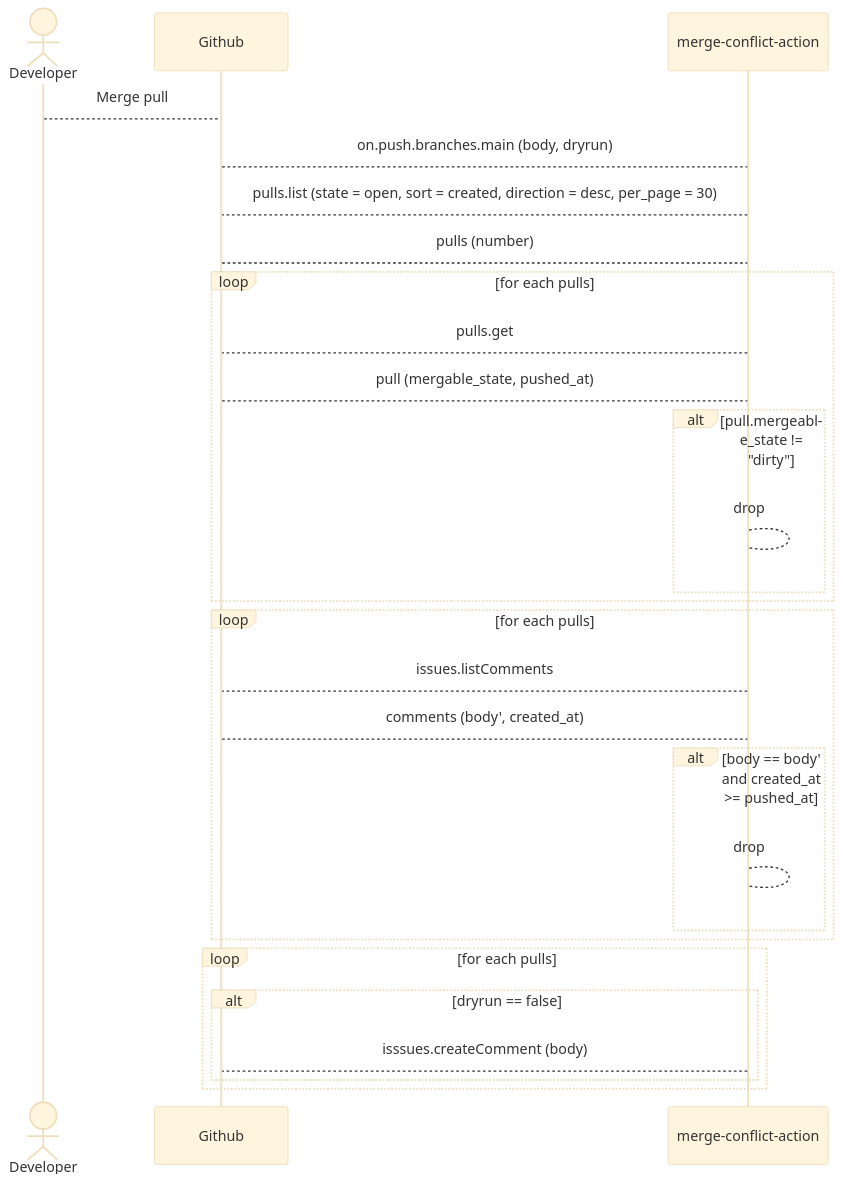
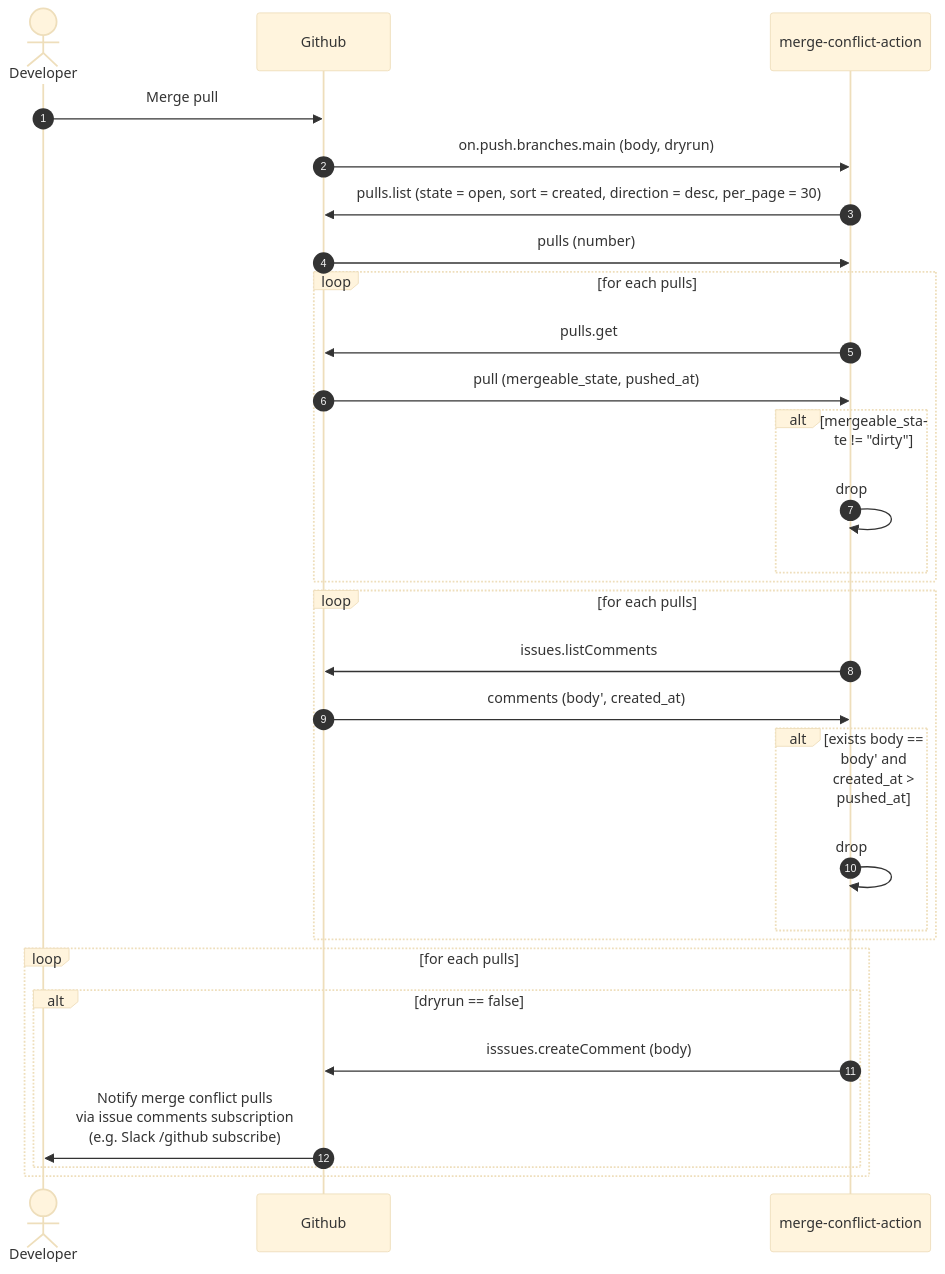
One commit to nokamoto/merge-conflict-action changed the diagram in docs/assets/mmd/flow.mmd. Above: the diagram before and after it, drawn with Mermaid (base theme). The commit also changed 1 other file, not shown here.

```diff
--- a/docs/assets/mmd/flow.mmd
+++ b/docs/assets/mmd/flow.mmd
@@ -1,31 +1,34 @@
 sequenceDiagram
+    autonumber
+
     actor dev as Developer
     participant github as Github
     participant action as merge-conflict-action
 
-    dev --> github : Merge pull
-    github --> action : on.push.branches.main (body, dryrun)
-    action --> github : pulls.list (state = open, sort = created, direction = desc, per_page = 30)
-    github --> action : pulls (number)
+    dev ->> github : Merge pull
+    github ->> action : on.push.branches.main (body, dryrun)
+    action ->> github : pulls.list (state = open, sort = created, direction = desc, per_page = 30)
+    github ->> action : pulls (number)
 
     loop for each pulls
-        action --> github : pulls.get
-        github --> action : pull (mergable_state, pushed_at)
-        alt pull.mergeable_state != "dirty"
-            action --> action : drop
+        action ->> github : pulls.get
+        github ->> action : pull (mergeable_state, pushed_at)
+        alt mergeable_state != "dirty"
+            action ->> action : drop
         end
     end
 
     loop for each pulls
-        action --> github : issues.listComments
-        github --> action : comments (body', created_at)
-        alt body == body' and created_at >= pushed_at
-            action --> action : drop
+        action ->> github : issues.listComments
+        github ->> action : comments (body', created_at)
+        alt exists body == body' and created_at > pushed_at
+            action ->> action : drop
         end
     end
 
     loop for each pulls
         alt dryrun == false
-            action --> github : isssues.createComment (body)
+            action ->> github : isssues.createComment (body)
+            github ->> dev : Notify merge conflict pulls <br> via issue comments subscription <br> (e.g. Slack /github subscribe)
         end
     end
```
